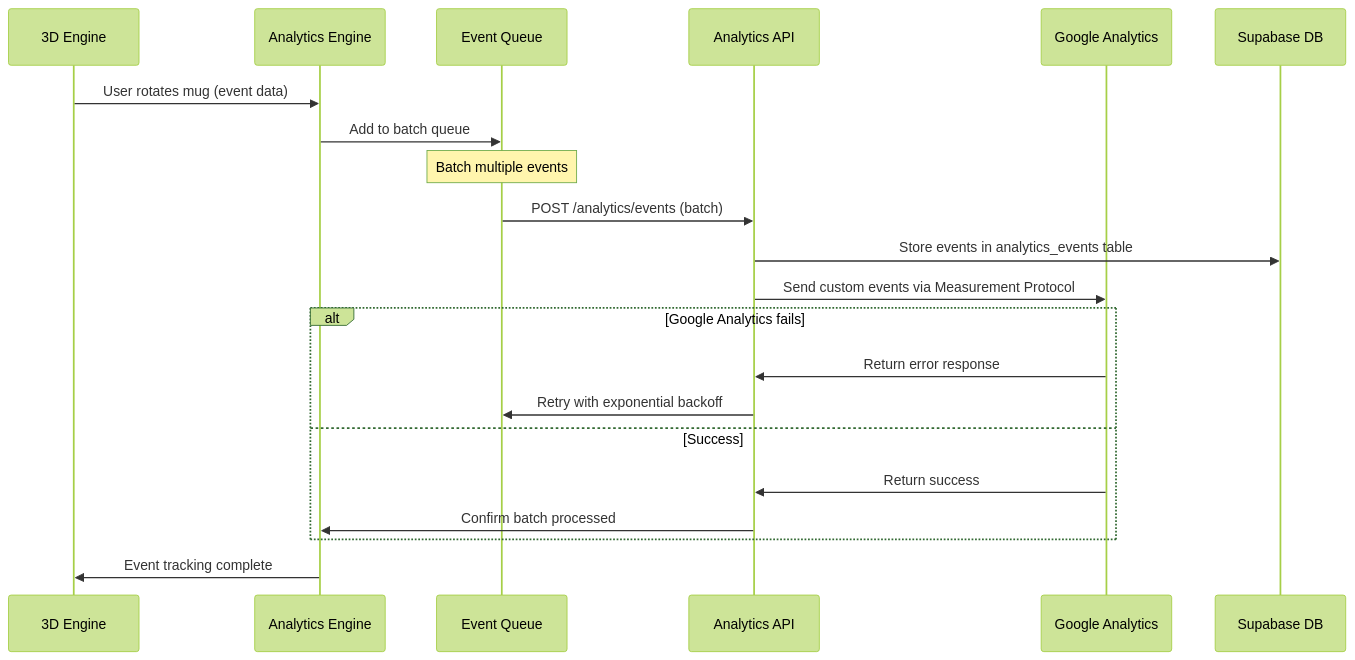
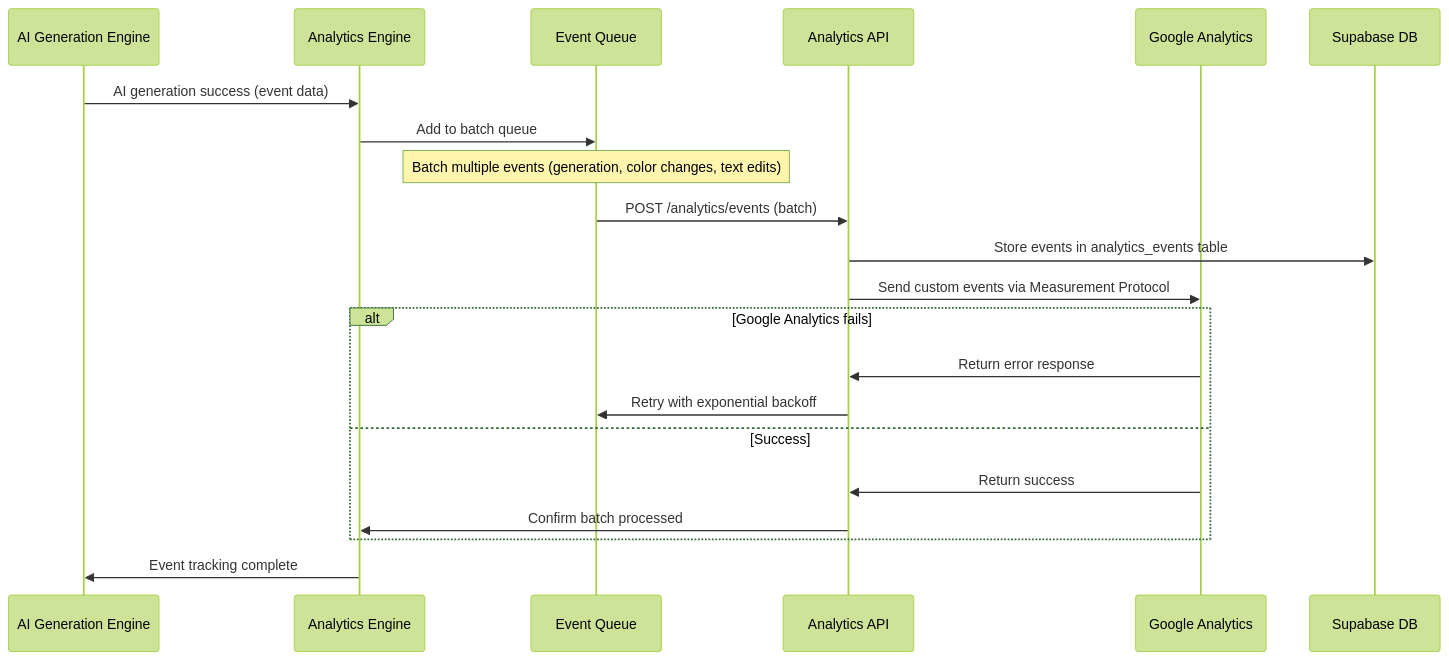
One commit to prietto/3d_mug_bemad_method changed the fourth of 5 diagrams in docs/architecture.md. Above: the diagram before and after it, drawn with Mermaid (forest theme). The commit also changed other lines of this file and 85 other files, not shown here.

````diff
--- a/docs/architecture.md
+++ b/docs/architecture.md
@@ -873,28 +1147,28 @@
 ```mermaid
 sequenceDiagram
-    participant 3D as 3D Engine
+    participant AIGen as AI Generation Engine
     participant Analytics as Analytics Engine
     participant Queue as Event Queue
     participant API as Analytics API
     participant GA as Google Analytics
     participant DB as Supabase DB
-    
-    3D->>Analytics: User rotates mug (event data)
+
+    AIGen->>Analytics: AI generation success (event data)
     Analytics->>Queue: Add to batch queue
-    
-    Note over Queue: Batch multiple events
-    
+
+    Note over Queue: Batch multiple events (generation, color changes, text edits)
+
     Queue->>API: POST /analytics/events (batch)
     API->>DB: Store events in analytics_events table
     API->>GA: Send custom events via Measurement Protocol
-    
+
     alt Google Analytics fails
         GA->>API: Return error response
         API->>Queue: Retry with exponential backoff
     else Success
         GA->>API: Return success
         API->>Analytics: Confirm batch processed
     end
-    
-    Analytics->>3D: Event tracking complete
+
+    Analytics->>AIGen: Event tracking complete
 ```
````
